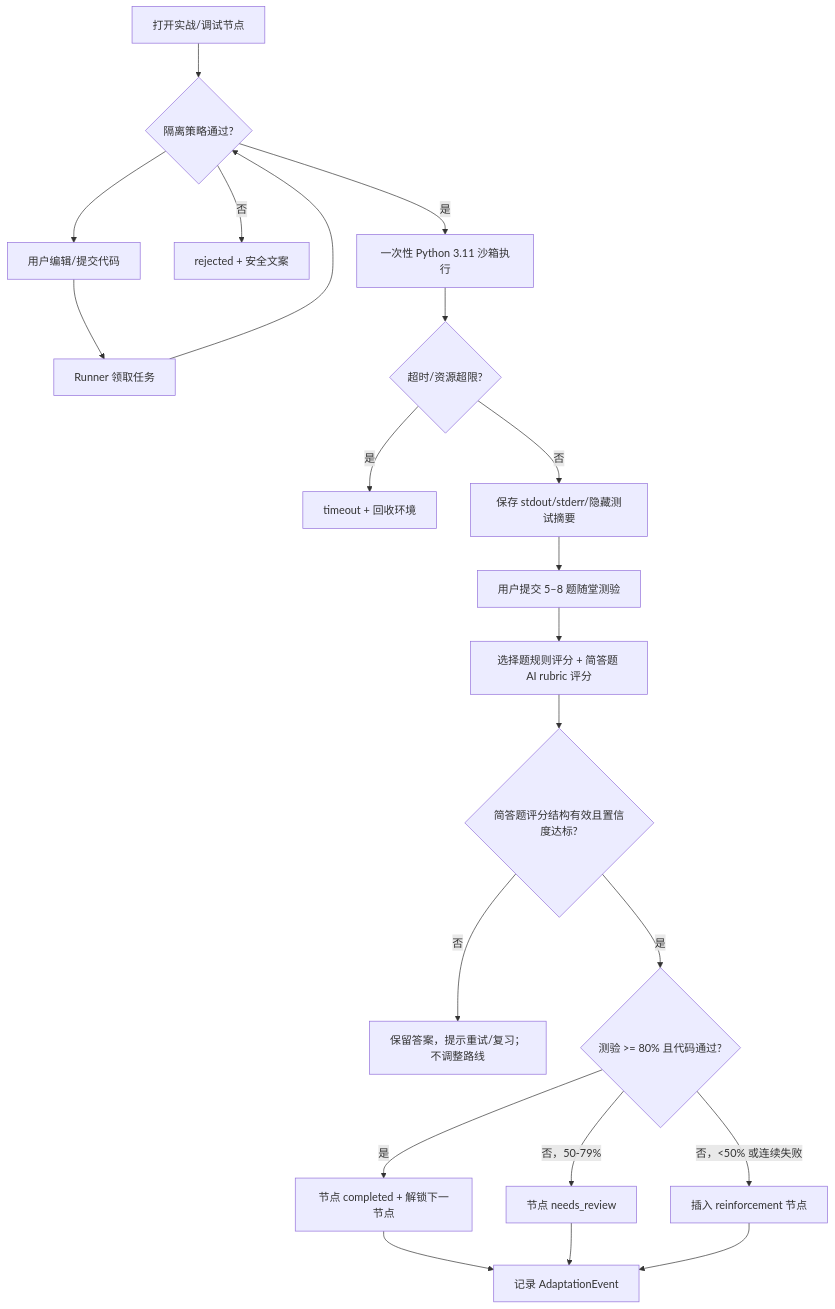
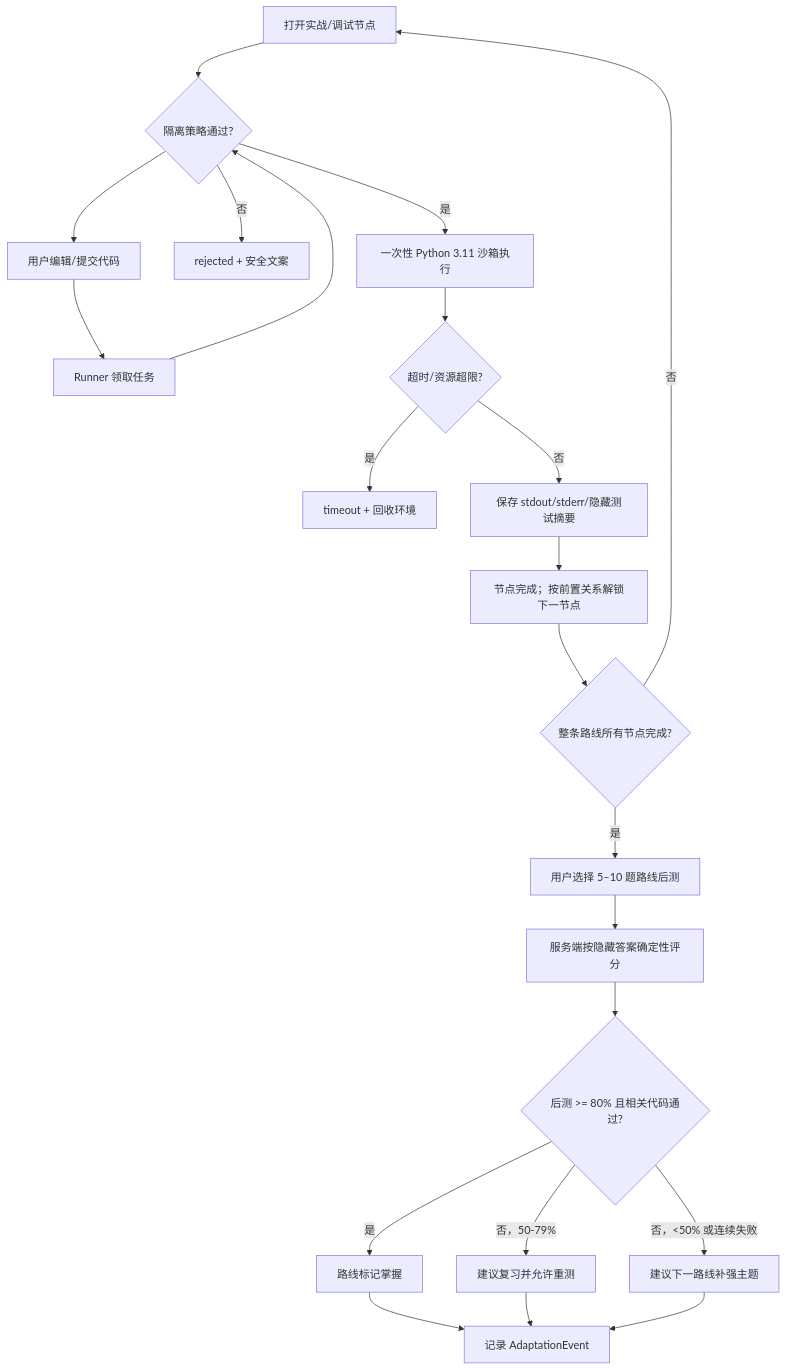
The fourth of 5 diagrams in docs/04-MVP-P0实施需求与开发指南.md (litieshan2331/LearnCraft), drawn with Mermaid before and after one commit. The commit also changed other lines of this file and 69 other files, not shown here.

````diff
--- a/docs/04-MVP-P0实施需求与开发指南.md
+++ b/docs/04-MVP-P0实施需求与开发指南.md
@@ -1206,23 +1282,24 @@
 ```mermaid
 flowchart TD
     A[打开实战/调试节点] --> D[展示已验证 AI Demo、调用顺序和注释结果]
     D --> B[用户编辑/提交代码]
     B --> C[Runner 领取任务]
     C --> D{隔离策略通过?}
     D -->|否| E[rejected + 安全文案]
     D -->|是| F[一次性 Python 3.11 沙箱执行]
     F --> G{超时/资源超限?}
     G -->|是| H[timeout + 回收环境]
     G -->|否| I[保存 stdout/stderr/隐藏测试摘要]
-    I --> J[用户提交 5–8 题随堂测验]
-    J --> K[选择题规则评分 + 简答题 AI rubric 评分]
-    K --> Q{简答题评分结构有效且置信度达标?}
-    Q -->|否| R[保留答案，提示重试/复习；不调整路线]
-    Q -->|是| L{测验 >= 80% 且代码通过?}
-    L -->|是| M[节点 completed + 解锁下一节点]
-    L -->|否，50-79%| N[节点 needs_review]
-    L -->|否，<50% 或连续失败| O[插入 reinforcement 节点]
-    M --> P[记录 AdaptationEvent]
-    N --> P
-    O --> P
+    I --> J[节点完成；按前置关系解锁下一节点]
+    J --> K{整条路线所有节点完成?}
+    K -->|否| A
+    K -->|是| L[用户选择 5–10 题路线后测]
+    L --> M[服务端按隐藏答案确定性评分]
+    M --> N{后测 >= 80% 且相关代码通过?}
+    N -->|是| O[路线标记掌握]
+    N -->|否，50-79%| P[建议复习并允许重测]
+    N -->|否，<50% 或连续失败| Q[建议下一路线补强主题]
+    O --> R[记录 AdaptationEvent]
+    P --> R
+    Q --> R
 ```
````
